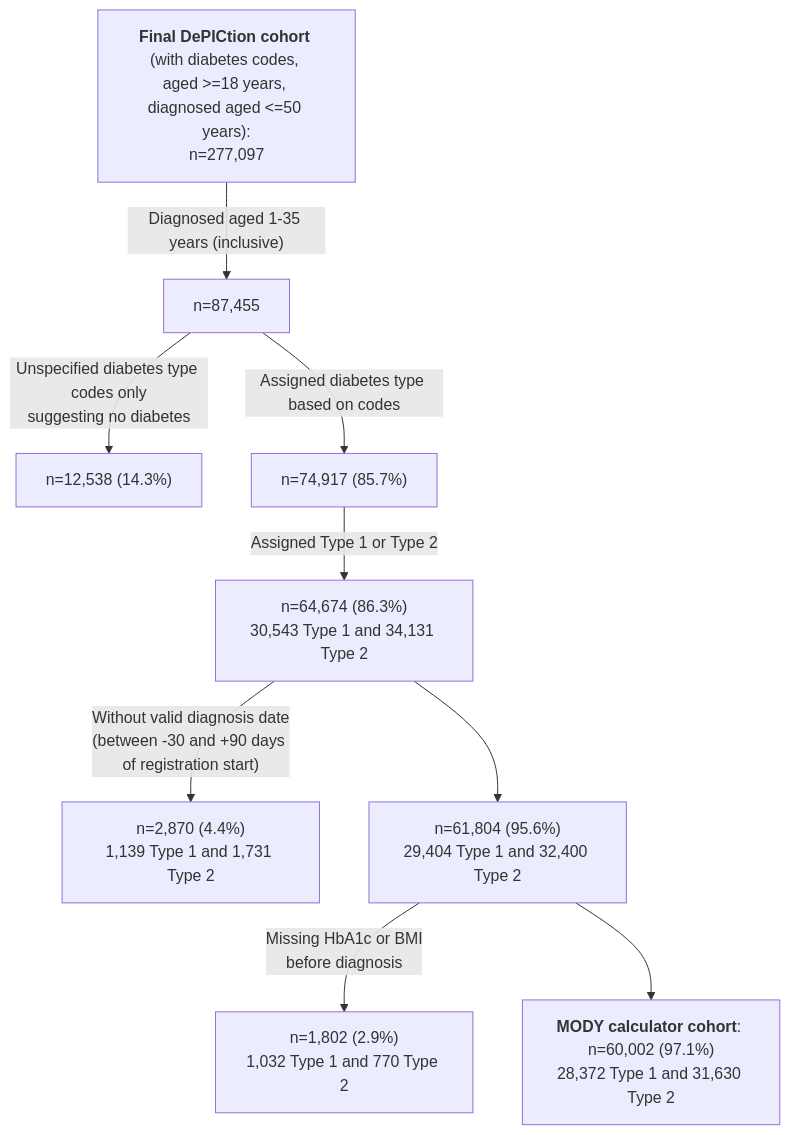
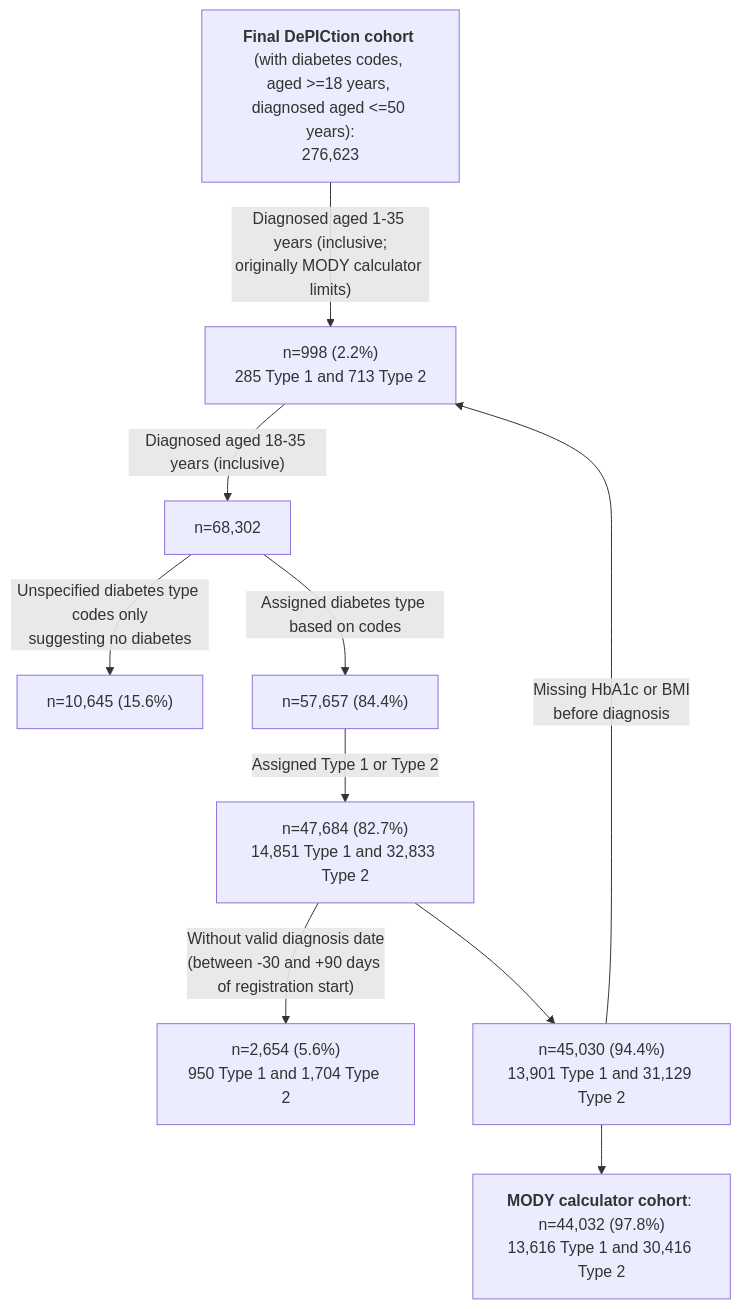
One commit to Exeter-Diabetes/CPRD-Katie-DePICtion-Scripts changed the third of 4 diagrams in README.md. Above: the diagram before and after it, drawn with Mermaid. The commit also changed other lines of this file, not shown here.

````diff
--- a/README.md
+++ b/README.md
@@ -87,11 +87,12 @@
 ```mermaid
 graph TD;
-    A["<b>Final DePICtion cohort</b> (with diabetes codes, <br>aged >=18 years, diagnosed aged <=50 years):<br>n=277,097"] --> |"Diagnosed aged 1-35 years (inclusive)"| B["n=87,455"]
-    B --> |"Unspecified diabetes type codes only<br>suggesting no diabetes"| C["n=12,538 (14.3%)"]
-    B --> |"Assigned diabetes type based on codes"| D["n=74,917 (85.7%)"]
-    D --> |"Assigned Type 1 or Type 2"| E["n=64,674 (86.3%)<br>30,543 Type 1 and 34,131 Type 2"]
-    E --> |"Without valid diagnosis date<br>(between -30 and +90 days of registration start)"| F["n=2,870 (4.4%)<br>1,139 Type 1 and 1,731 Type 2"]
-    E --> G["n=61,804 (95.6%)<br>29,404 Type 1 and 32,400 Type 2"]
-    G --> |"Missing HbA1c or BMI<br>before diagnosis"|H["n=1,802 (2.9%)<br>1,032 Type 1 and 770 Type 2"]
-    G --> I["<b>MODY calculator cohort</b>: n=60,002 (97.1%)<br>28,372 Type 1 and 31,630 Type 2"]
+    A["<b>Final DePICtion cohort</b> (with diabetes codes, <br>aged >=18 years, diagnosed aged <=50 years):<br>276,623"] --> |"Diagnosed aged 1-35 years (inclusive;<br>originally MODY calculator limits)"| H["n=87,708"]
+    H--> |"Diagnosed aged 18-35 years (inclusive)"| B["n=68,302"]
+    B --> |"Unspecified diabetes type codes only<br>suggesting no diabetes"| C["n=10,645 (15.6%)"]
+    B --> |"Assigned diabetes type based on codes"| D["n=57,657 (84.4%)"]
+    D --> |"Assigned Type 1 or Type 2"| E["n=47,684 (82.7%)<br>14,851 Type 1 and 32,833 Type 2"]
+    E --> |"Without valid diagnosis date<br>(between -30 and +90 days of registration start)"| F["n=2,654 (5.6%)<br>950 Type 1 and 1,704 Type 2"]
+    E --> G["n=45,030 (94.4%)<br>13,901 Type 1 and 31,129 Type 2"]
+    G --> |"Missing HbA1c or BMI<br>before diagnosis"|H["n=998 (2.2%)<br>285 Type 1 and 713 Type 2"]
+    G --> I["<b>MODY calculator cohort</b>: n=44,032 (97.8%)<br>13,616 Type 1 and 30,416 Type 2"]
 ```
````
